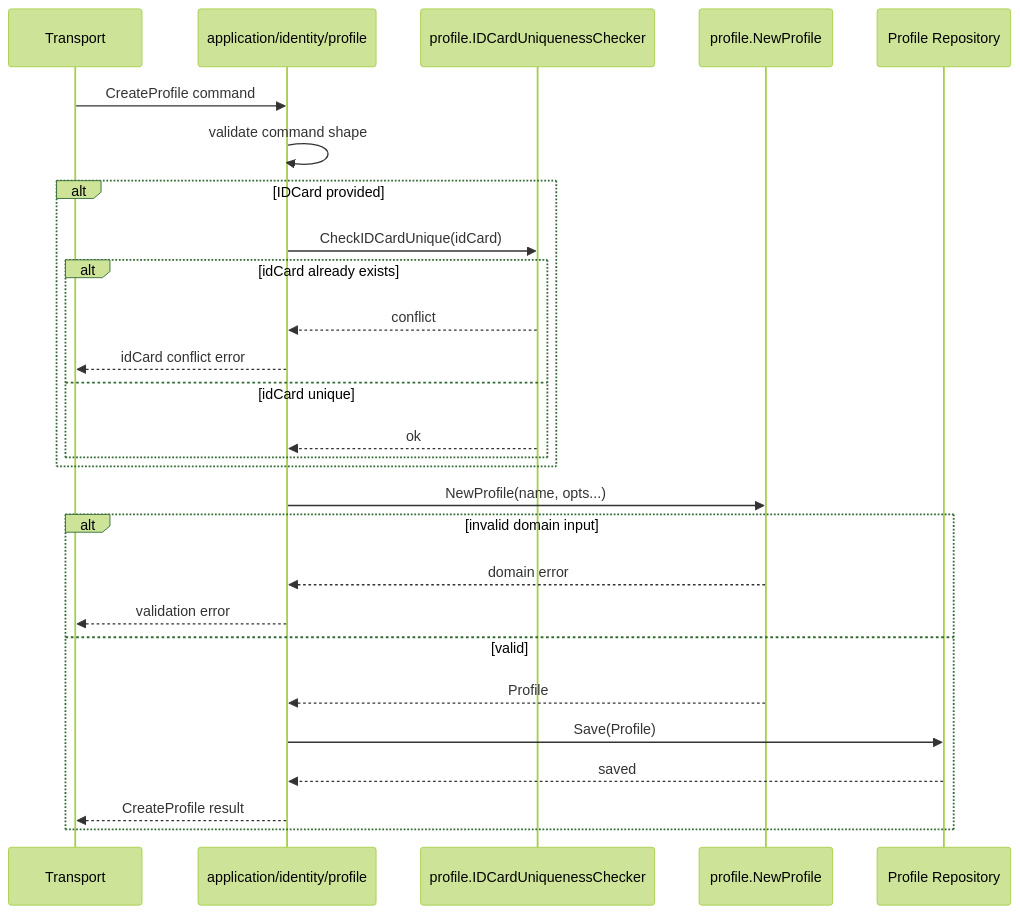
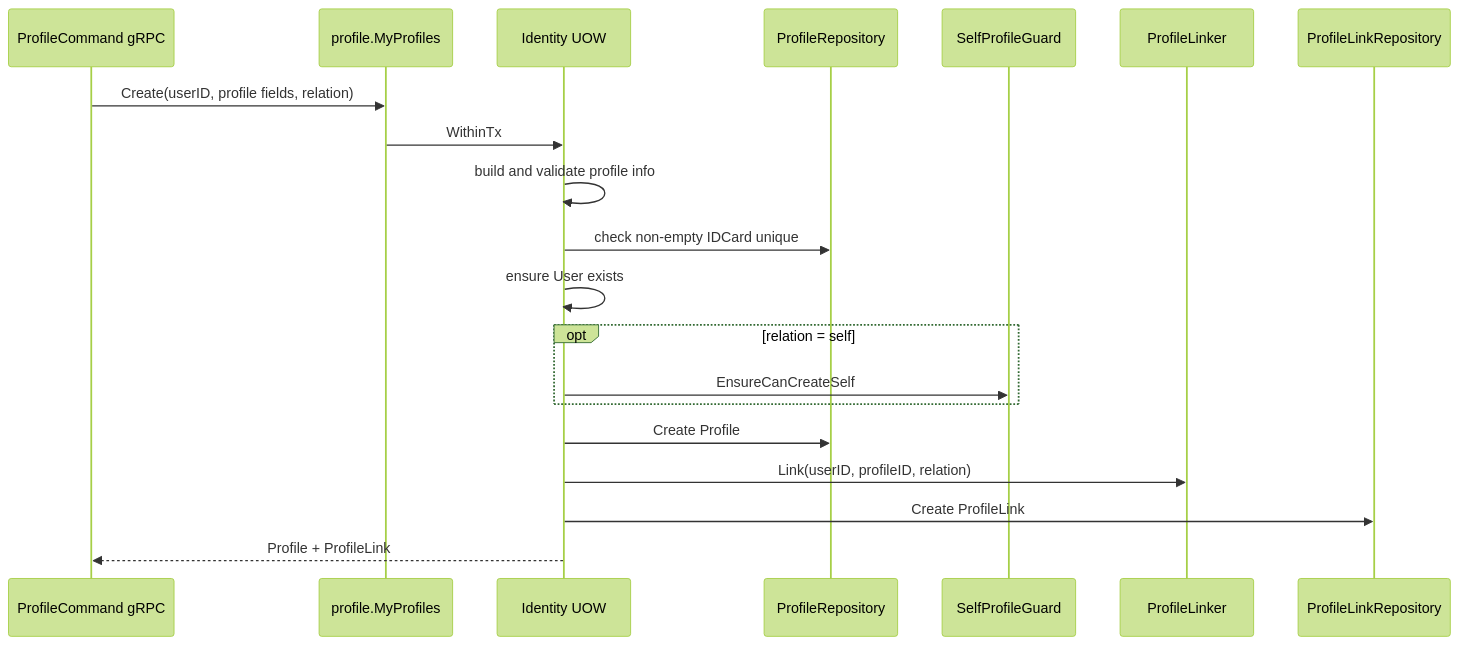
Before and after one commit to FangcunMount/iam: the fourth of 4 diagrams in docs/02-业务模块/01-Identity/02-关键链路-创建User与Profile.md, drawn with Mermaid (forest theme). The commit also changed other lines of this file and 7 other files, not shown here.

````diff
--- a/docs/02-业务模块/01-Identity/02-关键链路-创建User与Profile.md
+++ b/docs/02-业务模块/01-Identity/02-关键链路-创建User与Profile.md
@@ -339,30 +344,23 @@
 ```mermaid
 sequenceDiagram
-    participant T as Transport
-    participant A as application/identity/profile
-    participant IQ as profile.IDCardUniquenessChecker
-    participant D as profile.NewProfile
-    participant R as Profile Repository
+    participant G as ProfileCommand gRPC
+    participant A as profile.MyProfiles
+    participant U as Identity UOW
+    participant P as ProfileRepository
+    participant Guard as SelfProfileGuard
+    participant L as ProfileLinker
+    participant R as ProfileLinkRepository
 
-    T->>A: CreateProfile command
-    A->>A: validate command shape
-    alt IDCard provided
-        A->>IQ: CheckIDCardUnique(idCard)
-        alt idCard already exists
-            IQ-->>A: conflict
-            A-->>T: idCard conflict error
-        else idCard unique
-            IQ-->>A: ok
-        end
+    G->>A: Create(userID, profile fields, relation)
+    A->>U: WithinTx
+    U->>U: build and validate profile info
+    U->>P: check non-empty IDCard unique
+    U->>U: ensure User exists
+    opt relation = self
+        U->>Guard: EnsureCanCreateSelf
     end
-    A->>D: NewProfile(name, opts...)
-    alt invalid domain input
-        D-->>A: domain error
-        A-->>T: validation error
-    else valid
-        D-->>A: Profile
-        A->>R: Save(Profile)
-        R-->>A: saved
-        A-->>T: CreateProfile result
-    end
+    U->>P: Create Profile
+    U->>L: Link(userID, profileID, relation)
+    U->>R: Create ProfileLink
+    U-->>G: Profile + ProfileLink
 ```
````
